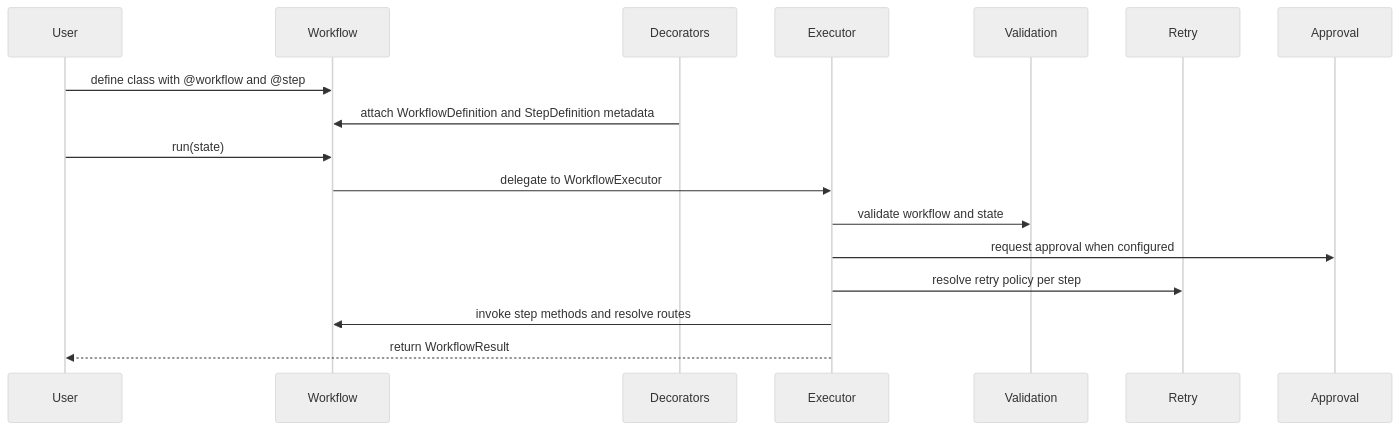
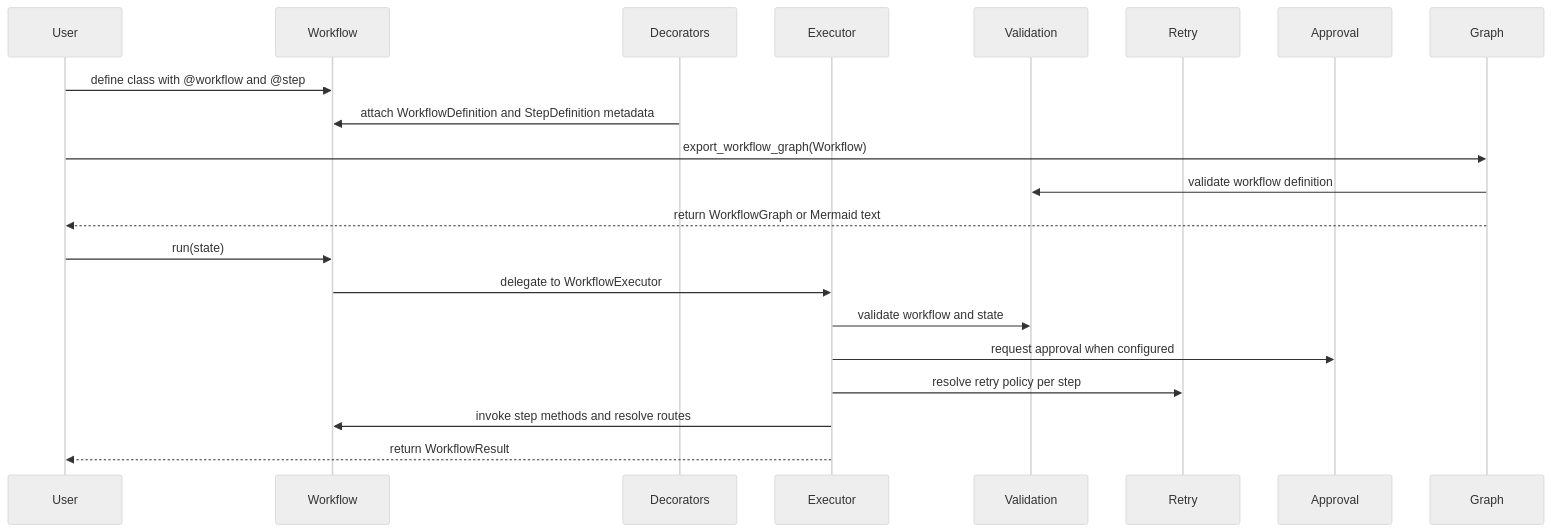
One commit to danishali778/agentflowkit changed the second of 2 diagrams in docs/architecture/overview.md. Above: the diagram before and after it, drawn with Mermaid (neutral theme). The commit also changed other lines of this file and 14 other files, not shown here.

First line of the commit message:
feat: add workflow graph export (#9)

````diff
--- a/docs/architecture/overview.md
+++ b/docs/architecture/overview.md
@@ -143,20 +158,24 @@
 ```mermaid
 sequenceDiagram
     participant User
     participant Workflow
     participant Decorators
     participant Executor
     participant Validation
     participant Retry
     participant Approval
+    participant Graph
 
     User->>Workflow: define class with @workflow and @step
     Decorators->>Workflow: attach WorkflowDefinition and StepDefinition metadata
+    User->>Graph: export_workflow_graph(Workflow)
+    Graph->>Validation: validate workflow definition
+    Graph-->>User: return WorkflowGraph or Mermaid text
     User->>Workflow: run(state)
     Workflow->>Executor: delegate to WorkflowExecutor
     Executor->>Validation: validate workflow and state
     Executor->>Approval: request approval when configured
     Executor->>Retry: resolve retry policy per step
     Executor->>Workflow: invoke step methods and resolve routes
     Executor-->>User: return WorkflowResult
 ```
````
